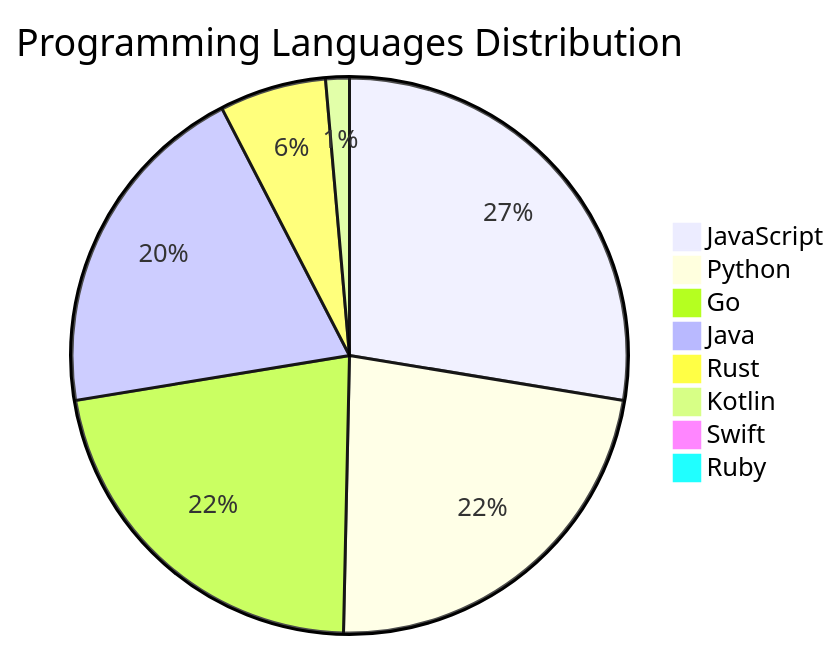
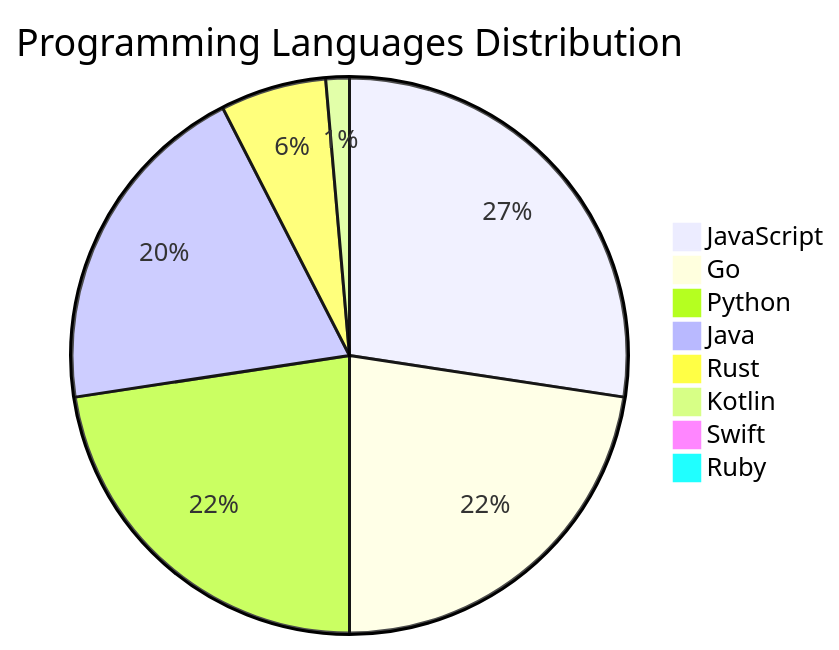
One commit to Derrick-MUGISHA/github-activity-bot changed the diagram in README.md. Above: the diagram before and after it, drawn with Mermaid. The commit also changed other lines of this file and 4 other files, not shown here.

````diff
--- a/README.md
+++ b/README.md
@@ -211,11 +211,11 @@
 ```mermaid
 pie title Programming Languages Distribution
     "JavaScript" : 40
+    "Go" : 33
     "Python" : 33
-    "Go" : 32
     "Java" : 29
     "Rust" : 9
     "Kotlin" : 2
     "Swift" : 1
     "Ruby" : 1
 ```
````
